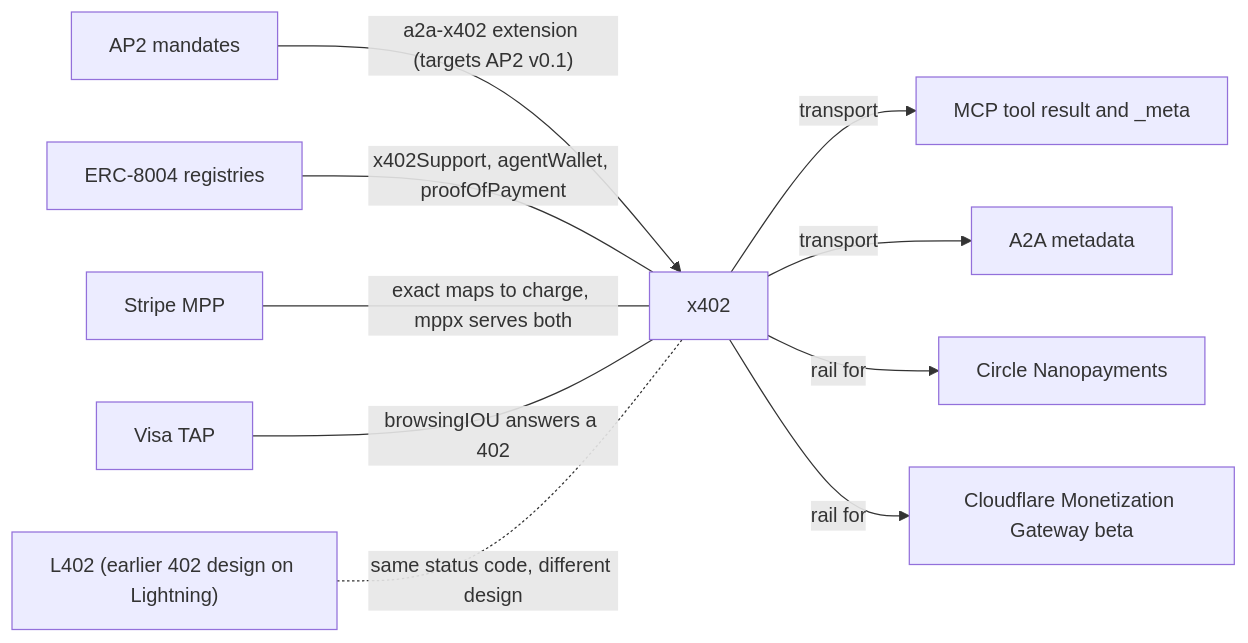
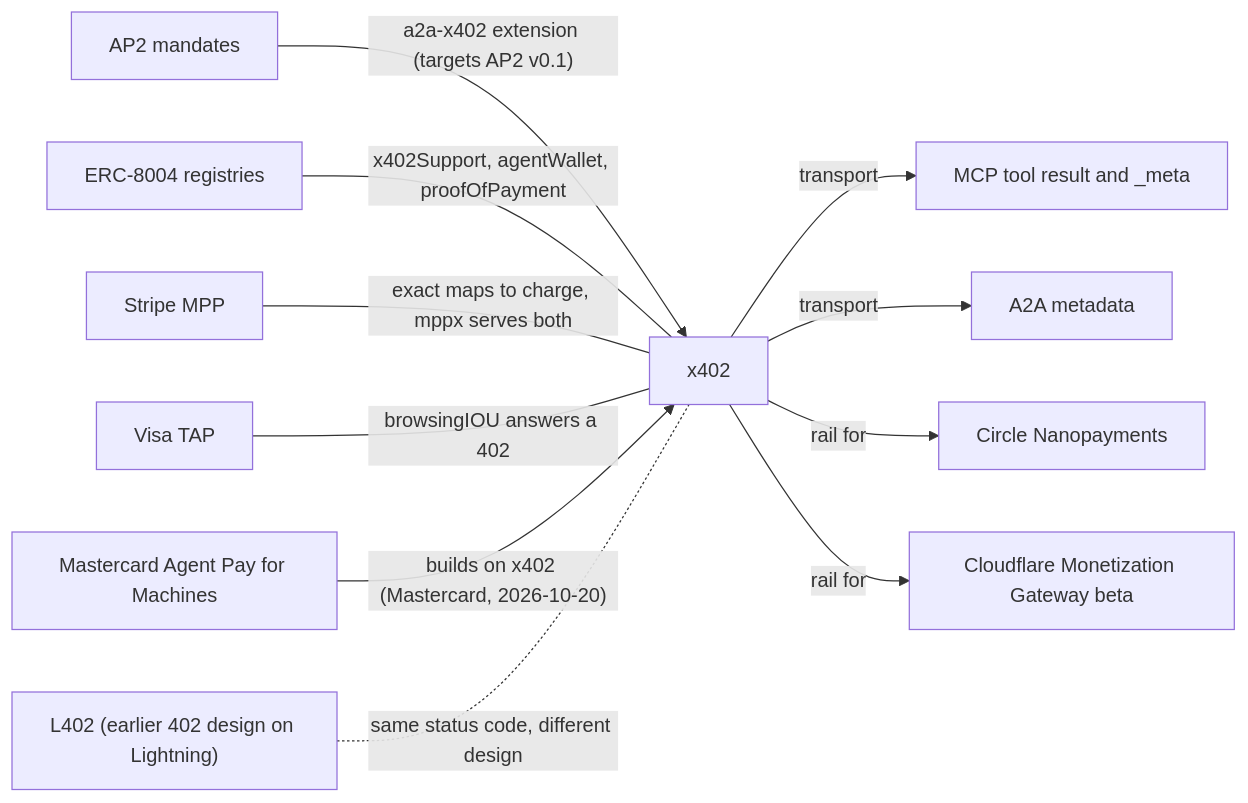
The diagram in src/content/diagrams/x402-composition.mmd (mercesAI/agentic-rails-atlas), drawn with Mermaid before and after one commit. The commit also changed 85 other files, not shown here.

Commit message:
fix(content): full Mastercard Agent Pay fact check with AP4M Early Access, MDES and liability wording

```diff
--- a/src/content/diagrams/x402-composition.mmd
+++ b/src/content/diagrams/x402-composition.mmd
@@ -1,11 +1,12 @@
 flowchart LR
   X["x402"]
   AP2["AP2 mandates"] -- "a2a-x402 extension (targets AP2 v0.1)" --> X
   E8["ERC-8004 registries"] -- "x402Support, agentWallet, proofOfPayment" --- X
   MPP["Stripe MPP"] -- "exact maps to charge, mppx serves both" --- X
   TAP["Visa TAP"] -- "browsingIOU answers a 402" --- X
+  MCAP["Mastercard Agent Pay for Machines"] -- "builds on x402 (Mastercard, 2026-10-20)" --> X
   X -- "transport" --> MCP["MCP tool result and _meta"]
   X -- "transport" --> A2A["A2A metadata"]
   L4["L402 (earlier 402 design on Lightning)"] -. "same status code, different design" .- X
   X -- "rail for" --> CN["Circle Nanopayments"]
   X -- "rail for" --> MG["Cloudflare Monetization Gateway beta"]
```
